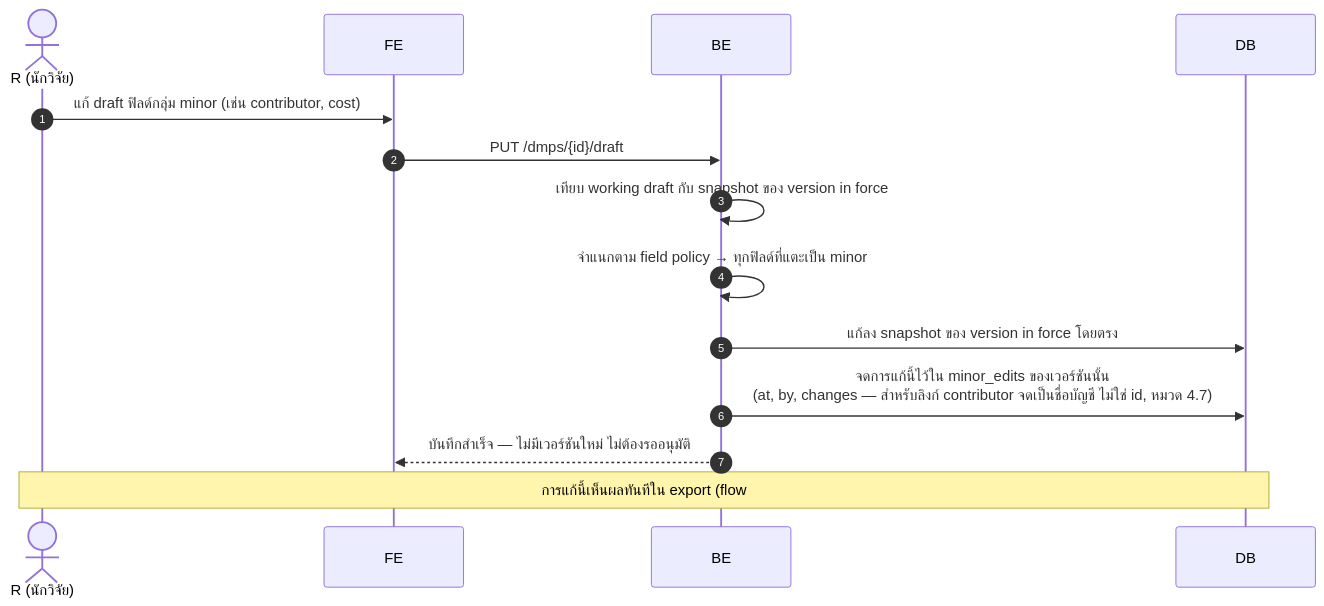
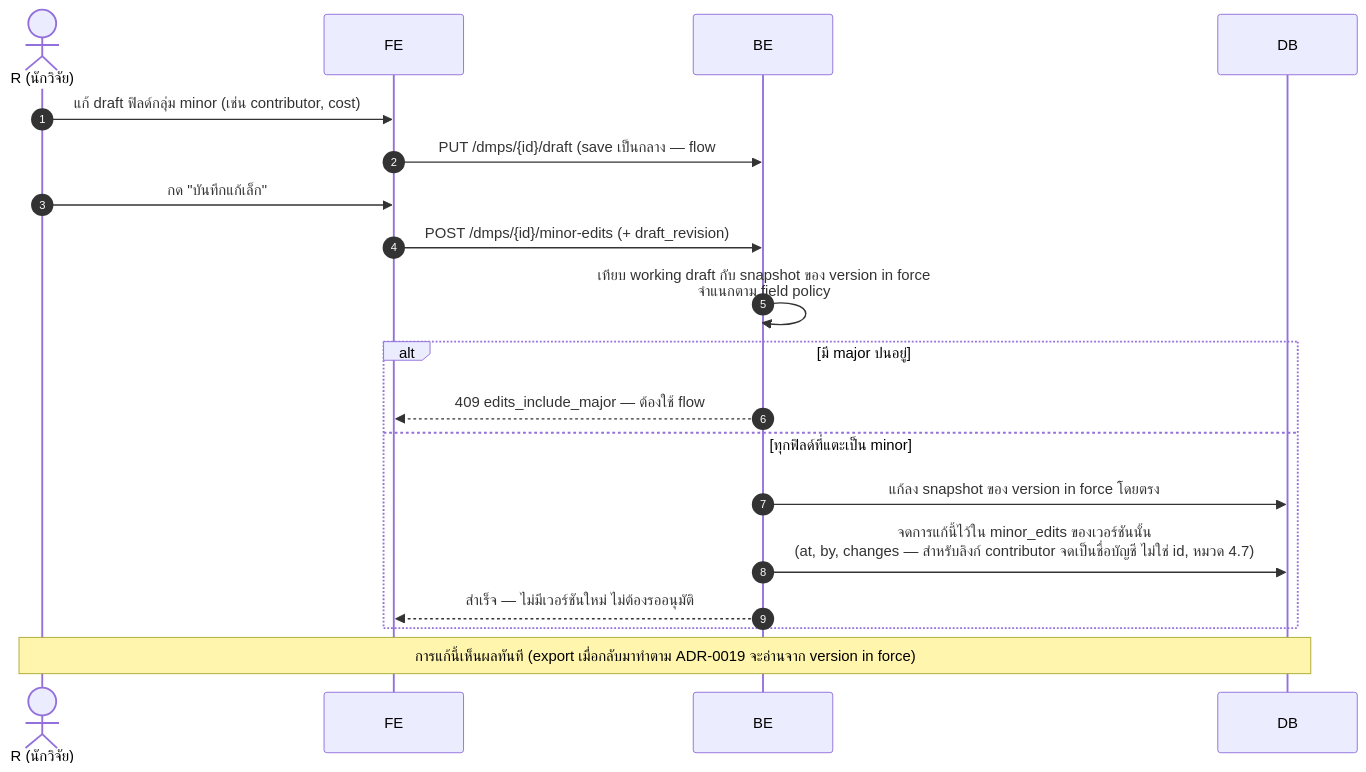
Before and after one commit to Open-Science-and-Data-management/Backend: the eighth of 18 diagrams in docs/architecture/sequence-diagrams.md, drawn with Mermaid. The commit also changed other lines of this file and 26 other files, not shown here.

````diff
--- a/docs/architecture/sequence-diagrams.md
+++ b/docs/architecture/sequence-diagrams.md
@@ -324,17 +337,22 @@
 ```mermaid
 sequenceDiagram
     autonumber
     actor R as R (นักวิจัย)
     participant FE as FE
     participant BE as BE
     participant DB as DB
 
     R->>FE: แก้ draft ฟิลด์กลุ่ม minor (เช่น contributor, cost)
-    FE->>BE: PUT /dmps/{id}/draft
-    BE->>BE: เทียบ working draft กับ snapshot ของ version in force
-    BE->>BE: จำแนกตาม field policy → ทุกฟิลด์ที่แตะเป็น minor
-    BE->>DB: แก้ลง snapshot ของ version in force โดยตรง
-    BE->>DB: จดการแก้นี้ไว้ใน minor_edits ของเวอร์ชันนั้น<br/>(at, by, changes — สำหรับลิงก์ contributor จดเป็นชื่อบัญชี ไม่ใช่ id, หมวด 4.7)
-    BE-->>FE: บันทึกสำเร็จ — ไม่มีเวอร์ชันใหม่ ไม่ต้องรออนุมัติ
-    Note over R,DB: การแก้นี้เห็นผลทันทีใน export (flow #14)<br/>เพราะ export อ่านจาก version in force
+    FE->>BE: PUT /dmps/{id}/draft (save เป็นกลาง — flow #4)
+    R->>FE: กด "บันทึกแก้เล็ก"
+    FE->>BE: POST /dmps/{id}/minor-edits (+ draft_revision)
+    BE->>BE: เทียบ working draft กับ snapshot ของ version in force<br/>จำแนกตาม field policy
+    alt มี major ปนอยู่
+        BE-->>FE: 409 edits_include_major — ต้องใช้ flow #9 แทน
+    else ทุกฟิลด์ที่แตะเป็น minor
+        BE->>DB: แก้ลง snapshot ของ version in force โดยตรง
+        BE->>DB: จดการแก้นี้ไว้ใน minor_edits ของเวอร์ชันนั้น<br/>(at, by, changes — สำหรับลิงก์ contributor จดเป็นชื่อบัญชี ไม่ใช่ id, หมวด 4.7)
+        BE-->>FE: สำเร็จ — ไม่มีเวอร์ชันใหม่ ไม่ต้องรออนุมัติ
+    end
+    Note over R,DB: การแก้นี้เห็นผลทันที (export เมื่อกลับมาทำตาม ADR-0019 จะอ่านจาก version in force)
 ```
````
